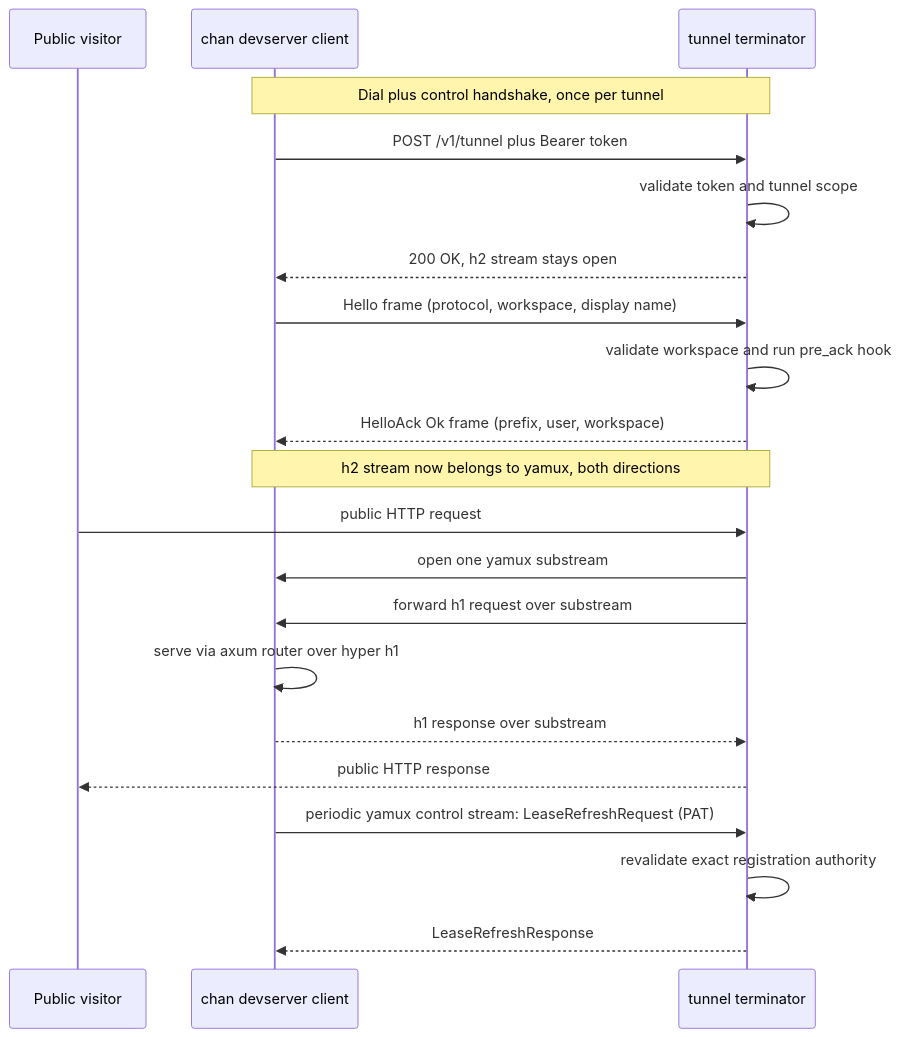
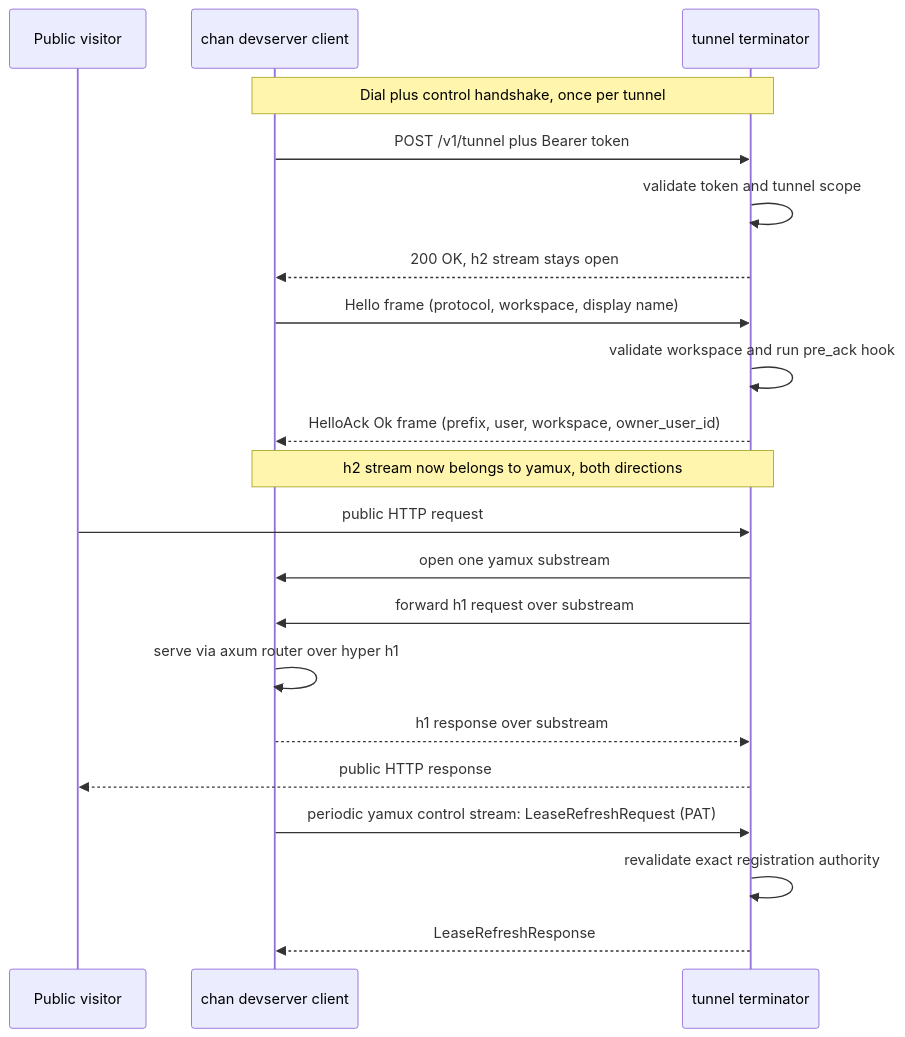
The diagram in crates/chan-tunnel-proto/design.md (fiorix/chan), drawn with Mermaid before and after one commit. The commit also changed other lines of this file and 41 other files, not shown here.

````diff
--- a/crates/chan-tunnel-proto/design.md
+++ b/crates/chan-tunnel-proto/design.md
@@ -9,23 +9,23 @@
 ```mermaid
 sequenceDiagram
     participant V as Public visitor
     participant C as chan devserver client
     participant S as tunnel terminator
     Note over C,S: Dial plus control handshake, once per tunnel
     C->>S: POST /v1/tunnel plus Bearer token
     S->>S: validate token and tunnel scope
     S-->>C: 200 OK, h2 stream stays open
     C->>S: Hello frame (protocol, workspace, display name)
     S->>S: validate workspace and run pre_ack hook
-    S-->>C: HelloAck Ok frame (prefix, user, workspace)
+    S-->>C: HelloAck Ok frame (prefix, user, workspace, owner_user_id)
     Note over C,S: h2 stream now belongs to yamux, both directions
     V->>S: public HTTP request
     S->>C: open one yamux substream
     S->>C: forward h1 request over substream
     C->>C: serve via axum router over hyper h1
     C-->>S: h1 response over substream
     S-->>V: public HTTP response
     C->>S: periodic yamux control stream: LeaseRefreshRequest (PAT)
     S->>S: revalidate exact registration authority
     S-->>C: LeaseRefreshResponse
 ```
````
